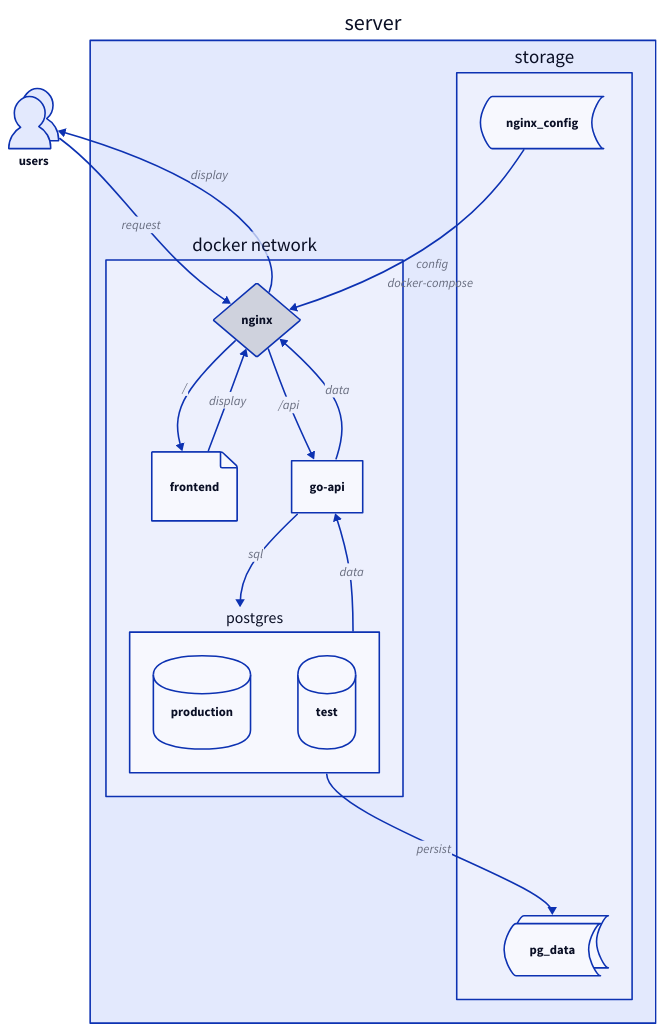
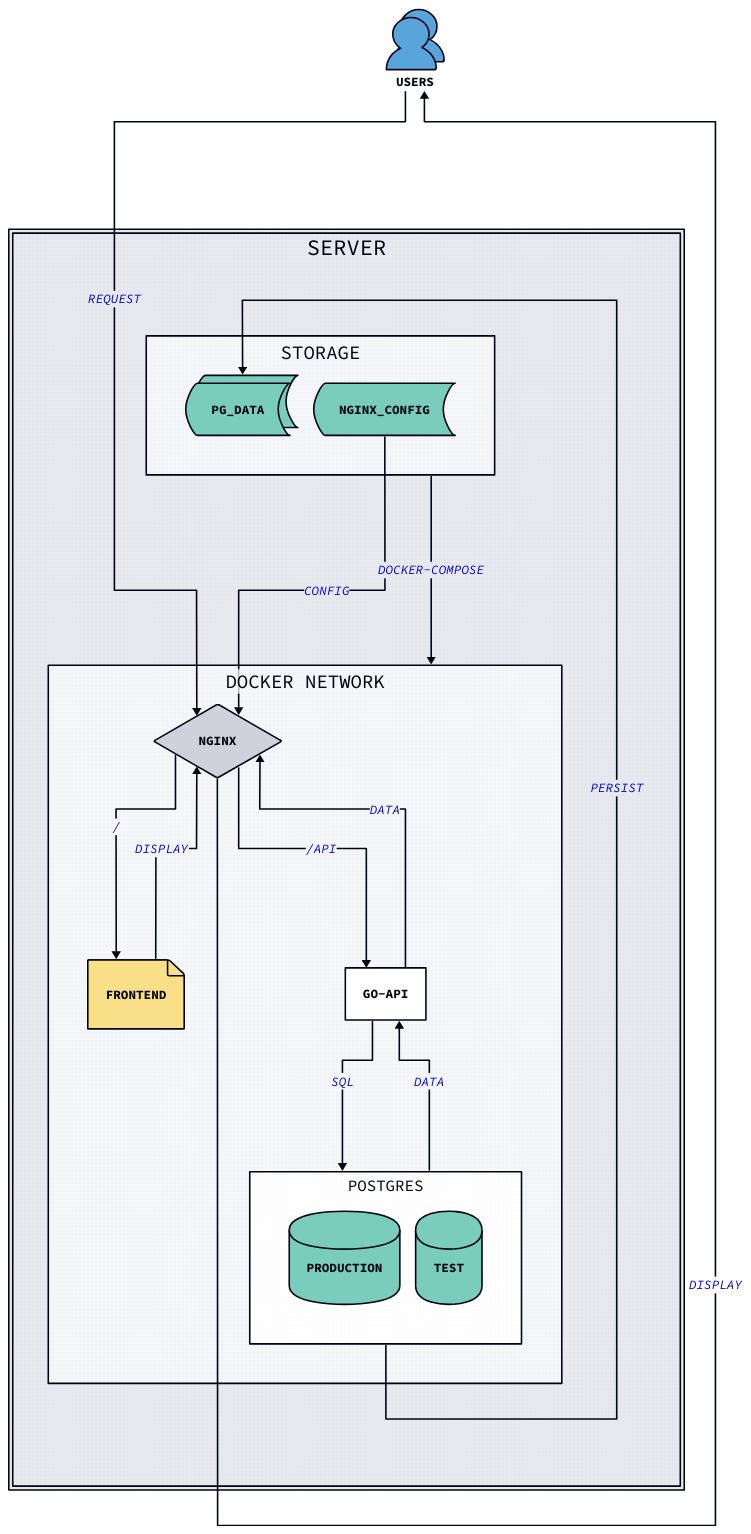
The diagram in plan.d2 (jakesmith-101/psychic-waffle), drawn with D2 before and after one commit.

```diff
--- a/plan.d2
+++ b/plan.d2
@@ -1,47 +1,54 @@
-# Root
+vars: {
+  d2-config: {
+    layout-engine: elk
+    # Terminal theme code
+    theme-id: 300
+  }
+}
+
 users: {
   shape: person
   style.multiple: true
 }
 
 server: {
   docker network: {
     nginx: {
       shape: diamond
     }
     frontend: {
       shape: page
     }
     go-api
 
     postgres: {
       production: {
         shape: cylinder
       }
       test: {
         shape: cylinder
       }
     }
 
     nginx -> go-api: /api
     nginx -> frontend: /
     go-api -> postgres: sql
 
     postgres -> go-api -> nginx: data
   }
   storage: {
     pg_data: {
       shape: stored_data
       style.multiple: true
     }
     nginx_config: {
       shape: stored_data
     }
   }
   docker network.postgres -> storage.pg_data: persist
   storage.nginx_config -> docker network.nginx: config
   storage -> docker network: docker-compose
 }
 
 users -> server.docker network.nginx: request
 server.docker network.frontend -> server.docker network.nginx -> users: display
```
